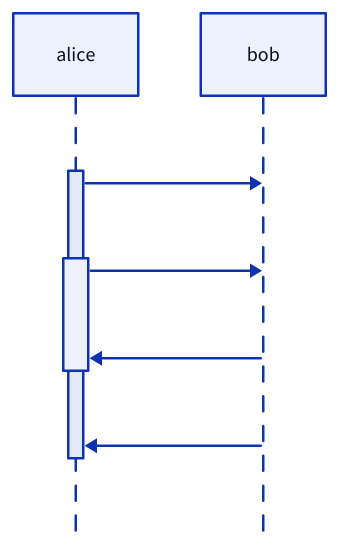
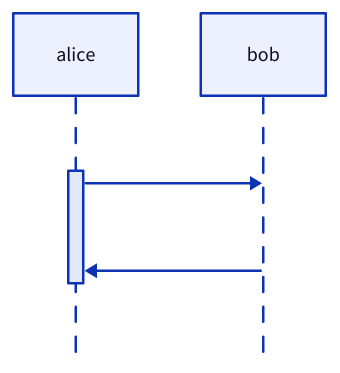
The fourth of 4 diagrams in plugins/d2/skills/d2/specialists/d2-sequence.md (eamazaj/claude-toolshed), drawn with D2 before and after one commit. The commit also changed other lines of this file and 7 other files, not shown here.

First line of the commit message:
feat(d2): redesign plugin as diagram composition system

````diff
--- a/plugins/d2/skills/d2/specialists/d2-sequence.md
+++ b/plugins/d2/skills/d2/specialists/d2-sequence.md
@@ -144,7 +70,6 @@
 ```d2
 shape: sequence_diagram
-alice.outer -> bob
-alice.outer.inner -> bob
-alice.outer.inner <- bob
-alice.outer <- bob
+
+alice.t1 -> bob
+alice.t1 <- bob
 ```
````
